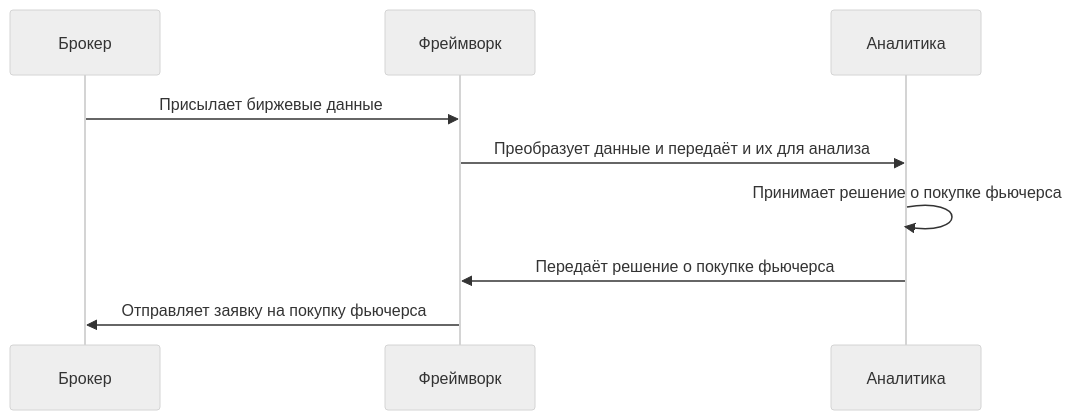
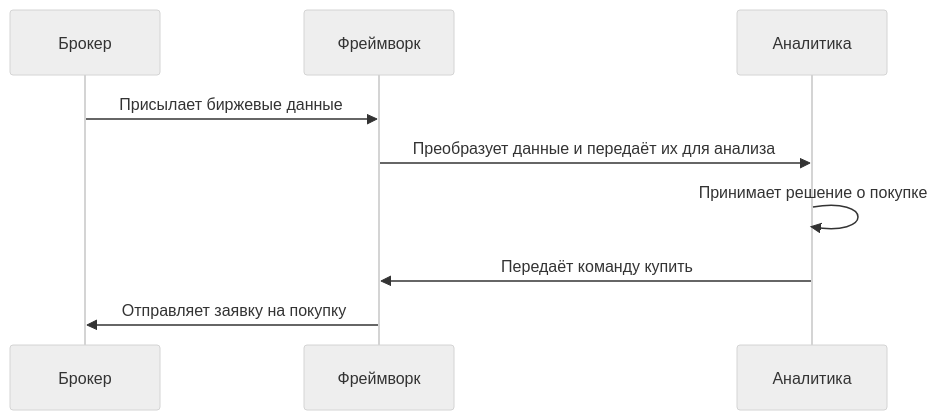
One commit to Marat22/MiriadRobotDocs changed the second of 2 diagrams in concept.md. Above: the diagram before and after it, drawn with Mermaid (neutral theme). The commit also changed other lines of this file, not shown here.

````diff
--- a/concept.md
+++ b/concept.md
@@ -94,8 +66,8 @@
 ```mermaid
 sequenceDiagram
     Брокер->>Фреймворк: Присылает биржевые данные
-    Фреймворк->>Аналитика: Преобразует данные и передаёт и их для анализа
-    Аналитика->>Аналитика: Принимает решение о покупке фьючерса
-    Аналитика->>Фреймворк: Передаёт решение о покупке фьючерса
-    Фреймворк->>Брокер: Отправляет заявку на покупку фьючерса
+    Фреймворк->>Аналитика: Преобразует данные и передаёт их для анализа
+    Аналитика->>Аналитика: Принимает решение о покупке
+    Аналитика->>Фреймворк: Передаёт команду купить
+    Фреймворк->>Брокер: Отправляет заявку на покупку
 ```
````
